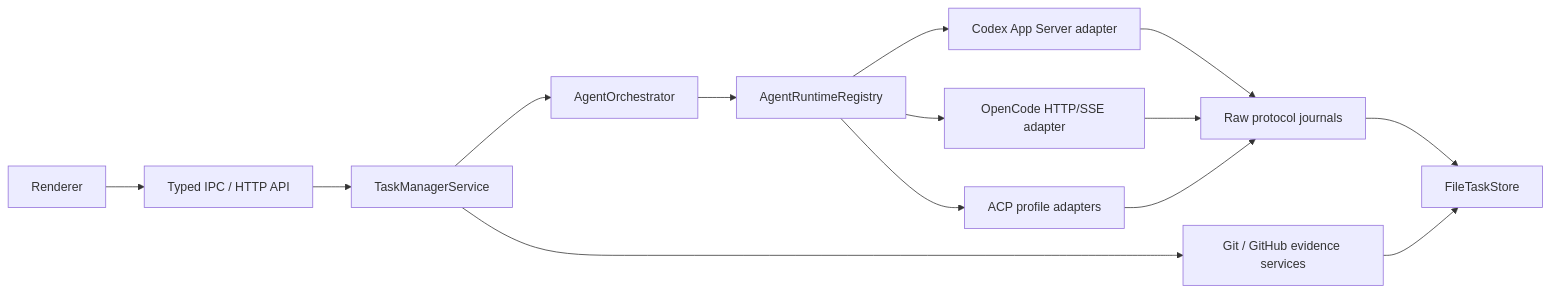
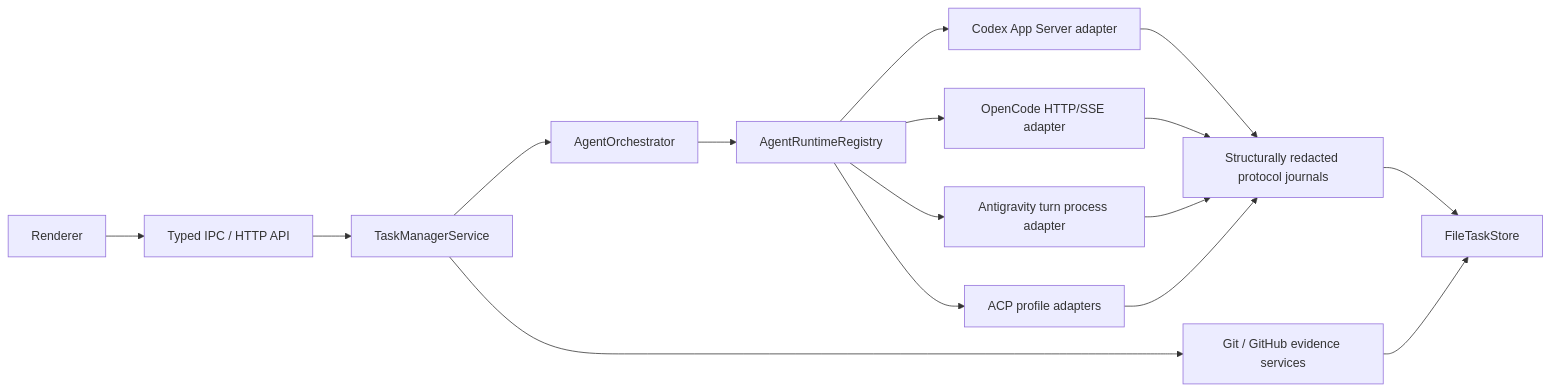
The diagram in docs/architecture/AGENT_RUNTIME_ARCHITECTURE.md (RojhatToptamus/task-monki), drawn with Mermaid before and after one commit. The commit also changed other lines of this file and 135 other files, not shown here.

````diff
--- a/docs/architecture/AGENT_RUNTIME_ARCHITECTURE.md
+++ b/docs/architecture/AGENT_RUNTIME_ARCHITECTURE.md
@@ -57,16 +88,18 @@
 ```mermaid
 flowchart LR
   UI["Renderer"] --> API["Typed IPC / HTTP API"]
   API --> Service["TaskManagerService"]
   Service --> Orchestrator["AgentOrchestrator"]
   Orchestrator --> Registry["AgentRuntimeRegistry"]
   Registry --> Codex["Codex App Server adapter"]
   Registry --> OpenCode["OpenCode HTTP/SSE adapter"]
+  Registry --> Antigravity["Antigravity turn process adapter"]
   Registry --> ACP["ACP profile adapters"]
-  Codex --> Journal["Raw protocol journals"]
+  Codex --> Journal["Structurally redacted protocol journals"]
   OpenCode --> Journal
+  Antigravity --> Journal
   ACP --> Journal
   Journal --> Store["FileTaskStore"]
   Service --> Evidence["Git / GitHub evidence services"]
   Evidence --> Store
 ```
````
